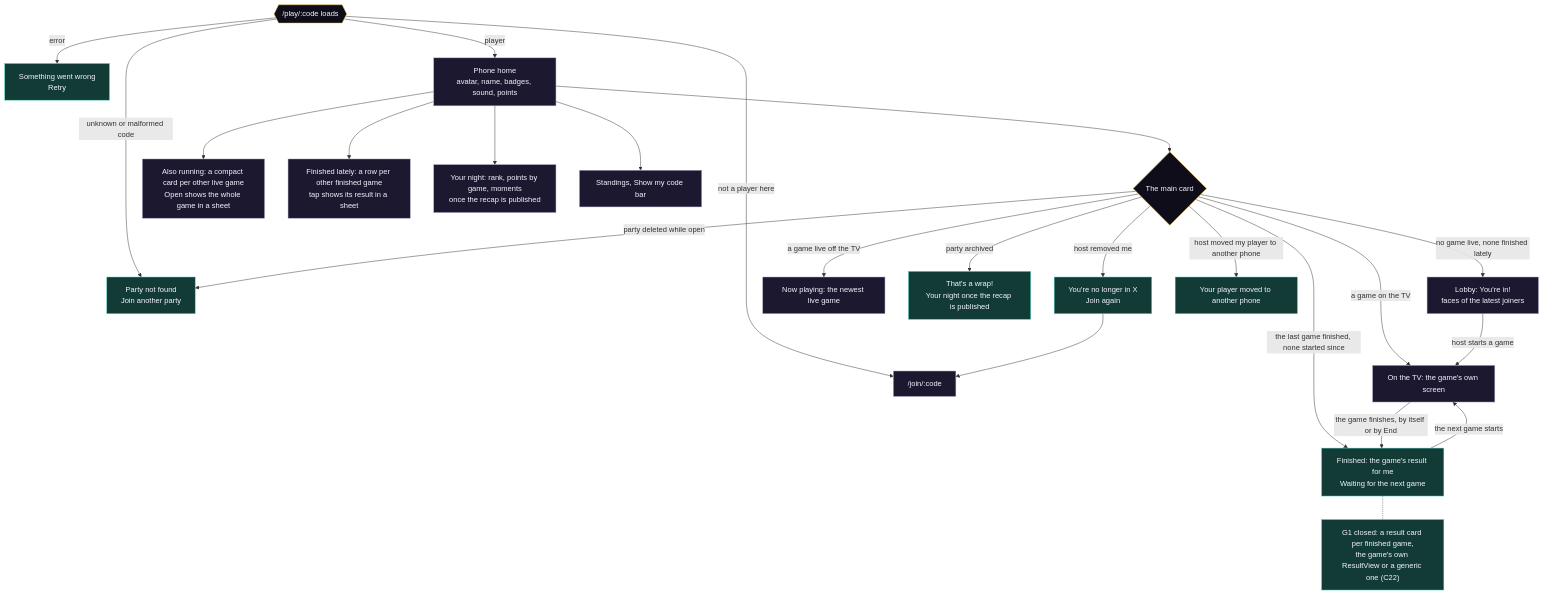
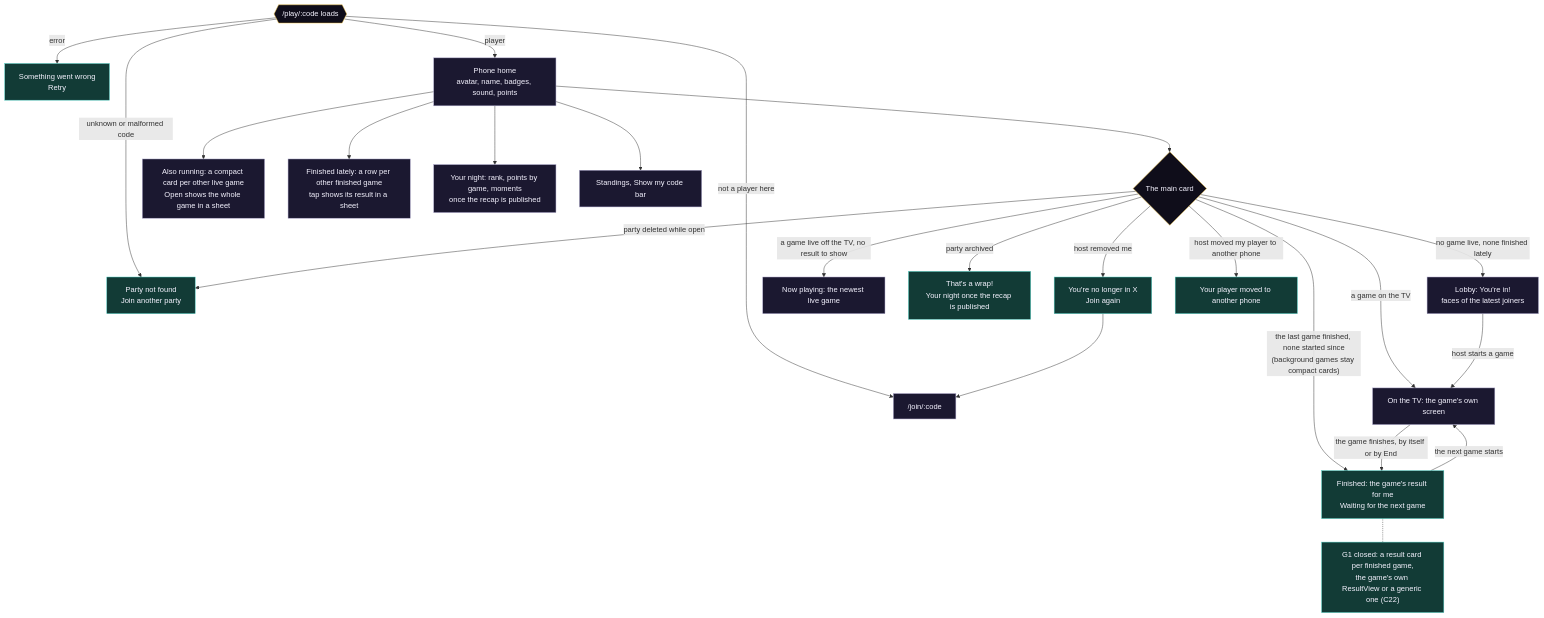
The third of 14 diagrams in docs/user-flows.md (NicolaiLassen/hurra), drawn with Mermaid before and after one commit. The commit also changed other lines of this file and 3 other files, not shown here.

First line of the commit message:
Phones show a finished game's result card while Last one standing runs in the background

````diff
--- a/docs/user-flows.md
+++ b/docs/user-flows.md
@@ -97,30 +97,30 @@
 ```mermaid
 flowchart TD
   classDef screen fill:#1b1830,stroke:#a9a3c7,color:#f5f3ff
   classDef gate fill:#0f0d1a,stroke:#f5c542,color:#f5f3ff
   classDef closed fill:#123b36,stroke:#4fd1c5,color:#f5f3ff
 
   P0{{"/play/:code loads"}}:::gate
   P0 -- "unknown or malformed code" --> NF["Party not found<br/>Join another party"]:::closed
   P0 -- "error" --> ER["Something went wrong<br/>Retry"]:::closed
   P0 -- "not a player here" --> JOIN["/join/:code"]:::screen
   P0 -- "player" --> PH["Phone home<br/>avatar, name, badges, sound, points"]:::screen
   PH --> S{"The main card"}:::gate
   S -- "no game live, none finished lately" --> LOBBY["Lobby: You're in!<br/>faces of the latest joiners"]:::screen
   S -- "a game on the TV" --> LIVE["On the TV: the game's own screen"]:::screen
-  S -- "a game live off the TV" --> LIVE2["Now playing: the newest live game"]:::screen
-  S -- "the last game finished, none started since" --> RES["Finished: the game's result for me<br/>Waiting for the next game"]:::closed
+  S -- "a game live off the TV, no result to show" --> LIVE2["Now playing: the newest live game"]:::screen
+  S -- "the last game finished, none started since<br/>(background games stay compact cards)" --> RES["Finished: the game's result for me<br/>Waiting for the next game"]:::closed
   S -- "party archived" --> WRAP["That's a wrap!<br/>Your night once the recap is published"]:::closed
   PH --> ALSO["Also running: a compact card per other live game<br/>Open shows the whole game in a sheet"]:::screen
   PH --> LATE["Finished lately: a row per other finished game<br/>tap shows its result in a sheet"]:::screen
   PH --> NIGHT["Your night: rank, points by game, moments<br/>once the recap is published"]:::screen
   PH --> STAND["Standings, Show my code bar"]:::screen
   S -- "party deleted while open" --> NF
   S -- "host removed me" --> REM["You're no longer in X<br/>Join again"]:::closed
   S -- "host moved my player to another phone" --> MOVED["Your player moved to another phone"]:::closed
   REM --> JOIN
   LOBBY -- "host starts a game" --> LIVE
   LIVE -- "the game finishes, by itself or by End" --> RES
   RES -- "the next game starts" --> LIVE
   RES -.- C22["G1 closed: a result card per finished game,<br/>the game's own ResultView or a generic one (C22)"]:::closed
 ```
````
